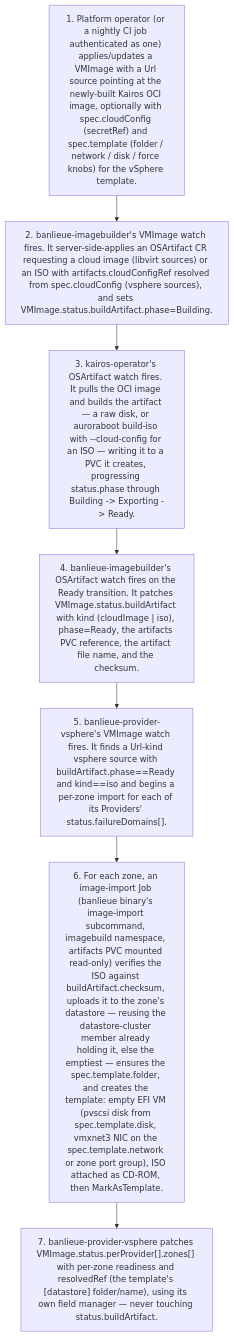
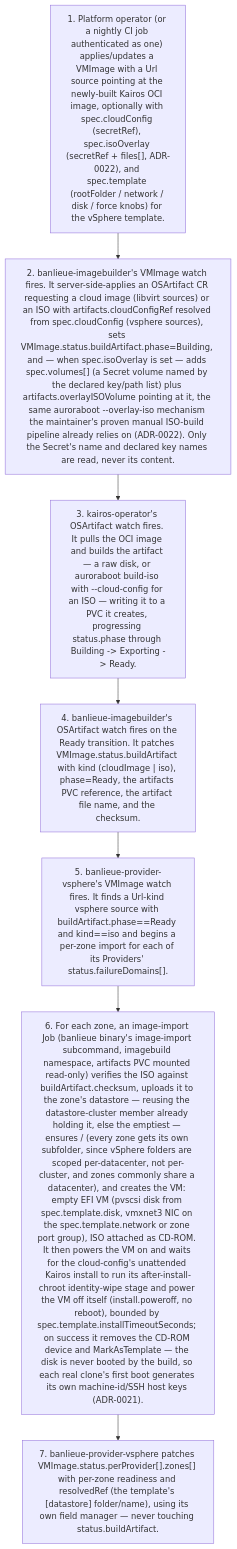
The fifth of 8 diagrams in docs/src/architecture/flows.md (firestoned/banlieue), drawn with Mermaid before and after one commit. The commit also changed other lines of this file and 120 other files, not shown here.

Commit message:
Add support for VM image importing and uploading to vsphere, while auto managing a kairos install

````diff
--- a/docs/src/architecture/flows.md
+++ b/docs/src/architecture/flows.md
@@ -101,11 +101,11 @@
 ```mermaid
 flowchart TD
-    t1["1. Platform operator (or a nightly CI job authenticated as one) applies/updates a VMImage with a Url source pointing at the newly-built Kairos OCI image, optionally with spec.cloudConfig (secretRef) and spec.template (folder / network / disk / force knobs) for the vSphere template."]
-    t2["2. banlieue-imagebuilder's VMImage watch fires. It server-side-applies an OSArtifact CR requesting a cloud image (libvirt sources) or an ISO with artifacts.cloudConfigRef resolved from spec.cloudConfig (vsphere sources), and sets VMImage.status.buildArtifact.phase=Building."]
+    t1["1. Platform operator (or a nightly CI job authenticated as one) applies/updates a VMImage with a Url source pointing at the newly-built Kairos OCI image, optionally with spec.cloudConfig (secretRef), spec.isoOverlay (secretRef + files[], ADR-0022), and spec.template (rootFolder / network / disk / force knobs) for the vSphere template."]
+    t2["2. banlieue-imagebuilder's VMImage watch fires. It server-side-applies an OSArtifact CR requesting a cloud image (libvirt sources) or an ISO with artifacts.cloudConfigRef resolved from spec.cloudConfig (vsphere sources), sets VMImage.status.buildArtifact.phase=Building, and — when spec.isoOverlay is set — adds spec.volumes[] (a Secret volume named by the declared key/path list) plus artifacts.overlayISOVolume pointing at it, the same auroraboot --overlay-iso mechanism the maintainer's proven manual ISO-build pipeline already relies on (ADR-0022). Only the Secret's name and declared key names are read, never its content."]
     t3["3. kairos-operator's OSArtifact watch fires. It pulls the OCI image and builds the artifact — a raw disk, or auroraboot build-iso with --cloud-config for an ISO — writing it to a PVC it creates, progressing status.phase through Building -> Exporting -> Ready."]
     t4["4. banlieue-imagebuilder's OSArtifact watch fires on the Ready transition. It patches VMImage.status.buildArtifact with kind (cloudImage | iso), phase=Ready, the artifacts PVC reference, the artifact file name, and the checksum."]
     t5["5. banlieue-provider-vsphere's VMImage watch fires. It finds a Url-kind vsphere source with buildArtifact.phase==Ready and kind==iso and begins a per-zone import for each of its Providers' status.failureDomains[]."]
-    t6["6. For each zone, an image-import Job (banlieue binary's image-import subcommand, imagebuild namespace, artifacts PVC mounted read-only) verifies the ISO against buildArtifact.checksum, uploads it to the zone's datastore — reusing the datastore-cluster member already holding it, else the emptiest — ensures the spec.template.folder, and creates the template: empty EFI VM (pvscsi disk from spec.template.disk, vmxnet3 NIC on the spec.template.network or zone port group), ISO attached as CD-ROM, then MarkAsTemplate."]
+    t6["6. For each zone, an image-import Job (banlieue binary's image-import subcommand, imagebuild namespace, artifacts PVC mounted read-only) verifies the ISO against buildArtifact.checksum, uploads it to the zone's datastore — reusing the datastore-cluster member already holding it, else the emptiest — ensures <spec.template.rootFolder>/<failure-domain-name> (every zone gets its own subfolder, since vSphere folders are scoped per-datacenter, not per-cluster, and zones commonly share a datacenter), and creates the VM: empty EFI VM (pvscsi disk from spec.template.disk, vmxnet3 NIC on the spec.template.network or zone port group), ISO attached as CD-ROM. It then powers the VM on and waits for the cloud-config's unattended Kairos install to run its after-install-chroot identity-wipe stage and power the VM off itself (install.poweroff, no reboot), bounded by spec.template.installTimeoutSeconds; on success it removes the CD-ROM device and MarkAsTemplate — the disk is never booted by the build, so each real clone's first boot generates its own machine-id/SSH host keys (ADR-0021)."]
     t7["7. banlieue-provider-vsphere patches VMImage.status.perProvider[].zones[] with per-zone readiness and resolvedRef (the template's [datastore] folder/name), using its own field manager — never touching status.buildArtifact."]
     t1 --> t2 --> t3 --> t4 --> t5 --> t6 --> t7
 ```
````
